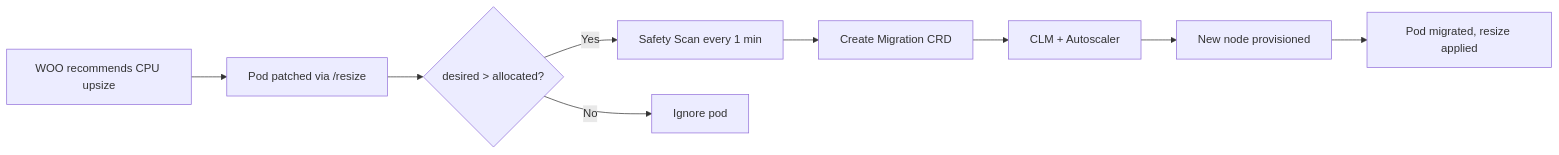
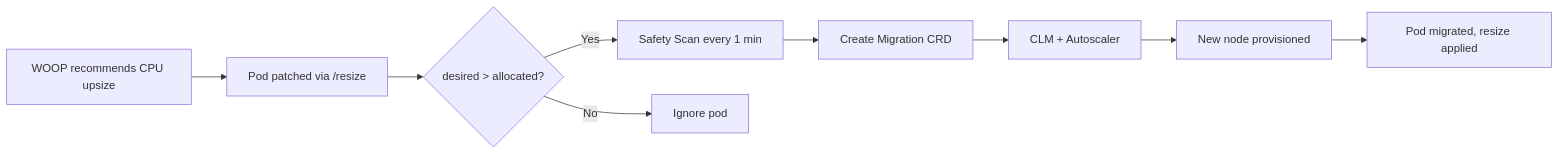
The first of 4 diagrams in README.md (ronakforcast/castai-workload-resize-migrator), drawn with Mermaid before and after one commit. The commit also changed other lines of this file and 1 other file, not shown here.

Commit message:
Fix WOO to WOOP across docs

````diff
--- a/README.md
+++ b/README.md
@@ -33,11 +33,11 @@
 ```mermaid
 flowchart LR
-    WOO[WOO recommends CPU upsize] --> Pod[Pod patched via /resize]
+    WOOP[WOOP recommends CPU upsize] --> Pod[Pod patched via /resize]
     Pod --> Controller{desired > allocated?}
     Controller -->|Yes| SafetyScan[Safety Scan every 1 min]
     SafetyScan --> Migrator[Create Migration CRD]
     Migrator --> CLM[CLM + Autoscaler]
     CLM --> NewNode[New node provisioned]
     NewNode --> Migrated[Pod migrated, resize applied]
     Controller -->|No| Skip[Ignore pod]
 ```
````
